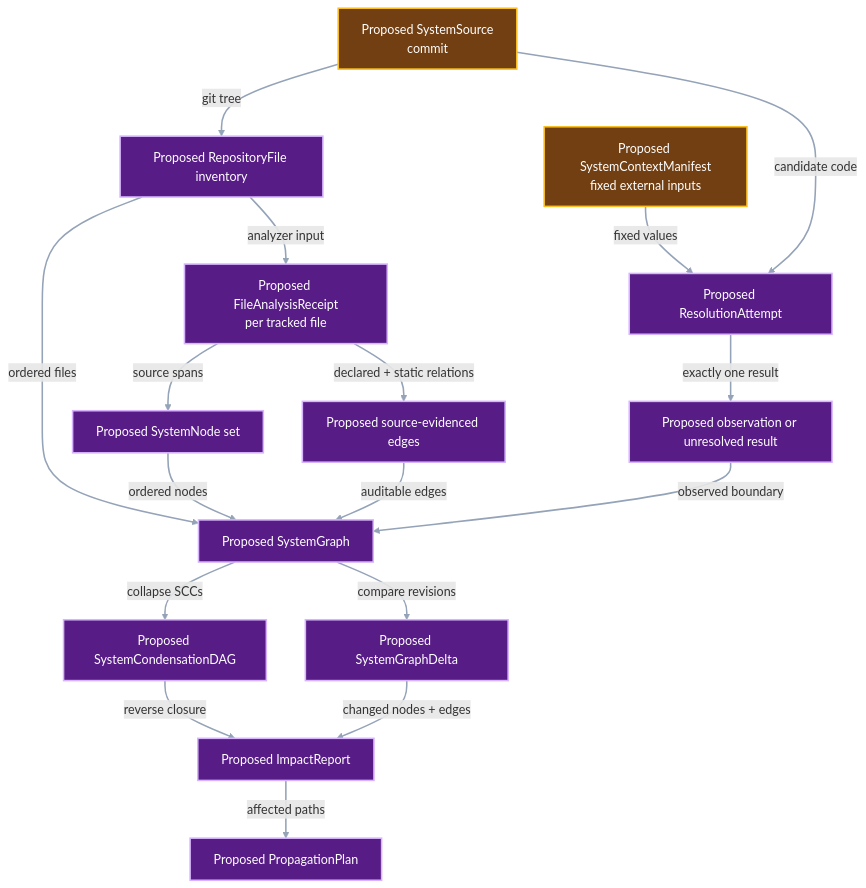
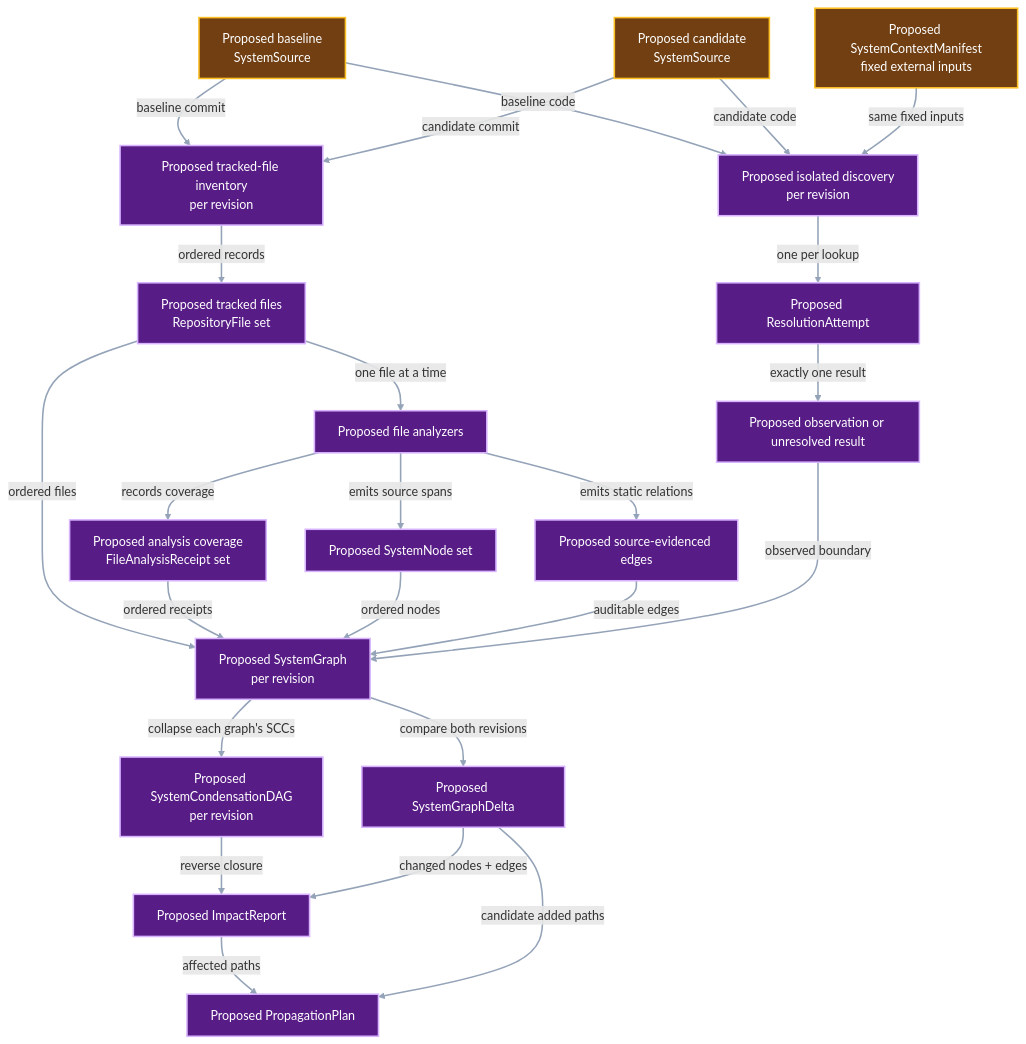
The second of 3 diagrams in docs/development/system-impact-graph.md (pvd232/viper), drawn with Mermaid before and after one commit. The commit also changed other lines of this file and 2 other files, not shown here.

Commit message:
docs: make system impact diagrams deterministic

````diff
--- a/docs/development/system-impact-graph.md
+++ b/docs/development/system-impact-graph.md
@@ -155,39 +176,50 @@
 ```mermaid
 flowchart TD
-    Source["Proposed SystemSource<br/>commit"]
+    Baseline["Proposed baseline<br/>SystemSource"]
+    Candidate["Proposed candidate<br/>SystemSource"]
     Context["Proposed SystemContextManifest<br/>fixed external inputs"]
-    Inventory["Proposed RepositoryFile inventory"]
-    Analysis["Proposed FileAnalysisReceipt<br/>per tracked file"]
+    Inventory["Proposed tracked-file inventory<br/>per revision"]
+    Files["Proposed tracked files<br/>RepositoryFile set"]
+    Analyze["Proposed file analyzers"]
+    Analysis["Proposed analysis coverage<br/>FileAnalysisReceipt set"]
     Nodes["Proposed SystemNode set"]
     Static["Proposed source-evidenced edges"]
+    Discovery["Proposed isolated discovery<br/>per revision"]
     Attempt["Proposed ResolutionAttempt"]
     Outcome["Proposed observation or unresolved result"]
-    Graph["Proposed SystemGraph"]
-    DAG["Proposed SystemCondensationDAG"]
+    Graph["Proposed SystemGraph<br/>per revision"]
+    DAG["Proposed SystemCondensationDAG<br/>per revision"]
     Delta["Proposed SystemGraphDelta"]
     Report["Proposed ImpactReport"]
     Plan["Proposed PropagationPlan"]
 
-    Source -->|"git tree"| Inventory
-    Inventory -->|"analyzer input"| Analysis
-    Analysis -->|"source spans"| Nodes
-    Analysis -->|"declared + static relations"| Static
-    Context -->|"fixed values"| Attempt
-    Source -->|"candidate code"| Attempt
+    Baseline -->|"baseline commit"| Inventory
+    Candidate -->|"candidate commit"| Inventory
+    Inventory -->|"ordered records"| Files
+    Files -->|"one file at a time"| Analyze
+    Analyze -->|"records coverage"| Analysis
+    Analyze -->|"emits source spans"| Nodes
+    Analyze -->|"emits static relations"| Static
+    Baseline -->|"baseline code"| Discovery
+    Candidate -->|"candidate code"| Discovery
+    Context -->|"same fixed inputs"| Discovery
+    Discovery -->|"one per lookup"| Attempt
     Attempt -->|"exactly one result"| Outcome
-    Inventory -->|"ordered files"| Graph
+    Files -->|"ordered files"| Graph
+    Analysis -->|"ordered receipts"| Graph
     Nodes -->|"ordered nodes"| Graph
     Static -->|"auditable edges"| Graph
     Outcome -->|"observed boundary"| Graph
-    Graph -->|"collapse SCCs"| DAG
-    Graph -->|"compare revisions"| Delta
+    Graph -->|"collapse each graph's SCCs"| DAG
+    Graph -->|"compare both revisions"| Delta
     DAG -->|"reverse closure"| Report
     Delta -->|"changed nodes + edges"| Report
     Report -->|"affected paths"| Plan
+    Delta -->|"candidate added paths"| Plan
 
-    class Source,Context input
-    class Inventory,Analysis,Nodes,Static,Attempt,Outcome,Graph,DAG,Delta,Report,Plan proposed
+    class Baseline,Candidate,Context input
+    class Inventory,Files,Analyze,Analysis,Nodes,Static,Discovery,Attempt,Outcome,Graph,DAG,Delta,Report,Plan proposed
     classDef input fill:#713f12,stroke:#fbbf24,color:#ffffff,stroke-width:2px
     classDef proposed fill:#581c87,stroke:#d8b4fe,color:#ffffff,stroke-width:2px
     linkStyle default stroke:#94a3b8,stroke-width:2px
 ```
````
